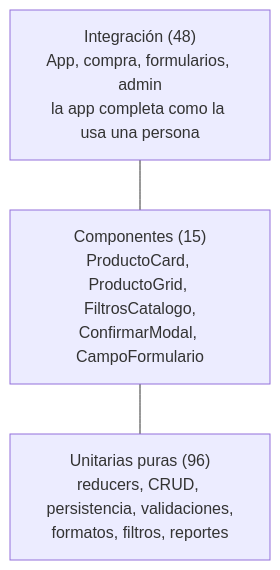
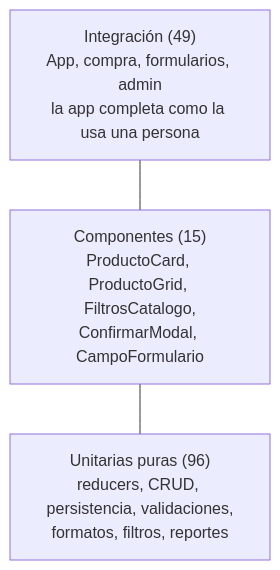
One commit to CristobalStenger/nexus_frontend changed the fifth of 5 diagrams in DOCUMENTACION.md. Above: the diagram before and after it, drawn with Mermaid. The commit also changed other lines of this file and 36 other files, not shown here.

````diff
--- a/DOCUMENTACION.md
+++ b/DOCUMENTACION.md
@@ -947,7 +950,7 @@
 ```mermaid
 flowchart TB
-  I["Integración (48)<br/>App, compra, formularios, admin<br/>la app completa como la usa una persona"]
+  I["Integración (49)<br/>App, compra, formularios, admin<br/>la app completa como la usa una persona"]
   C["Componentes (15)<br/>ProductoCard, ProductoGrid, FiltrosCatalogo,<br/>ConfirmarModal, CampoFormulario"]
   U["Unitarias puras (96)<br/>reducers, CRUD, persistencia, validaciones,<br/>formatos, filtros, reportes"]
   I --- C --- U
 ```
````
